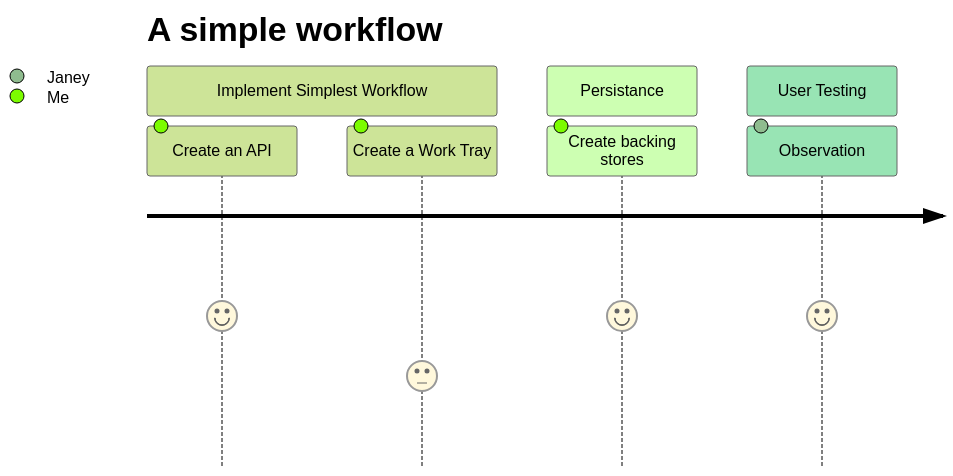
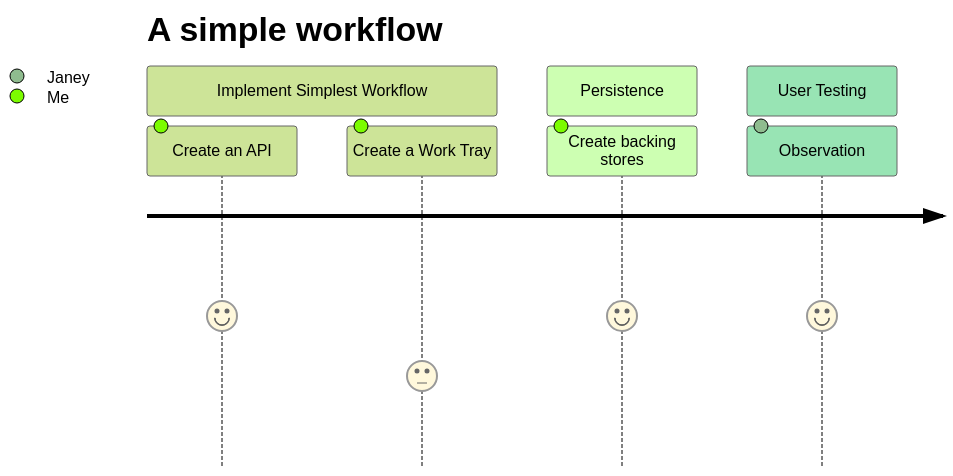
One commit to jonnymuir/mermaid-workflow changed the diagram in README.md. Above: the diagram before and after it, drawn with Mermaid (forest theme).

````diff
--- a/README.md
+++ b/README.md
@@ -4,11 +4,11 @@
 ```mermaid
 journey
     title A simple workflow
     section Implement Simplest Workflow
       Create an API: 5: Me
       Create a Work Tray: 3: Me
-    section Persistance
+    section Persistence
       Create backing stores: 5: Me
     section User Testing
       Observation: 5: Janey
 ```
````
